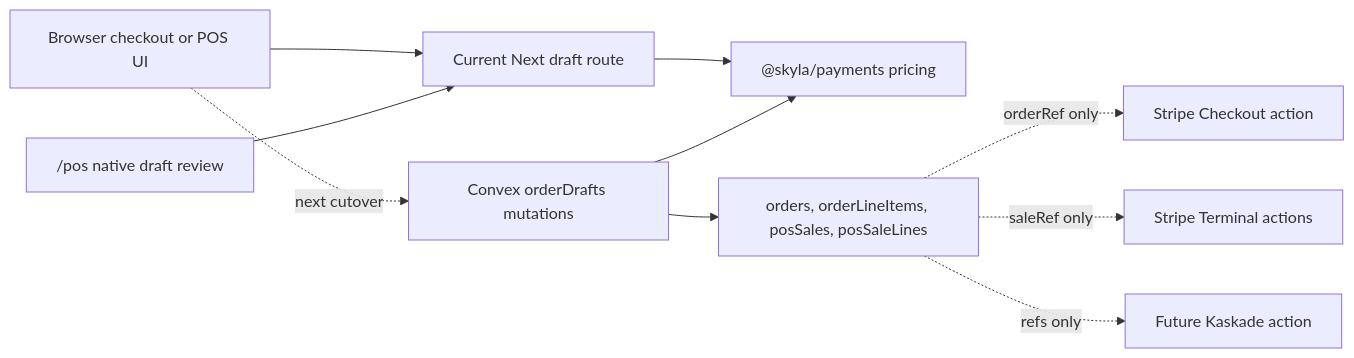
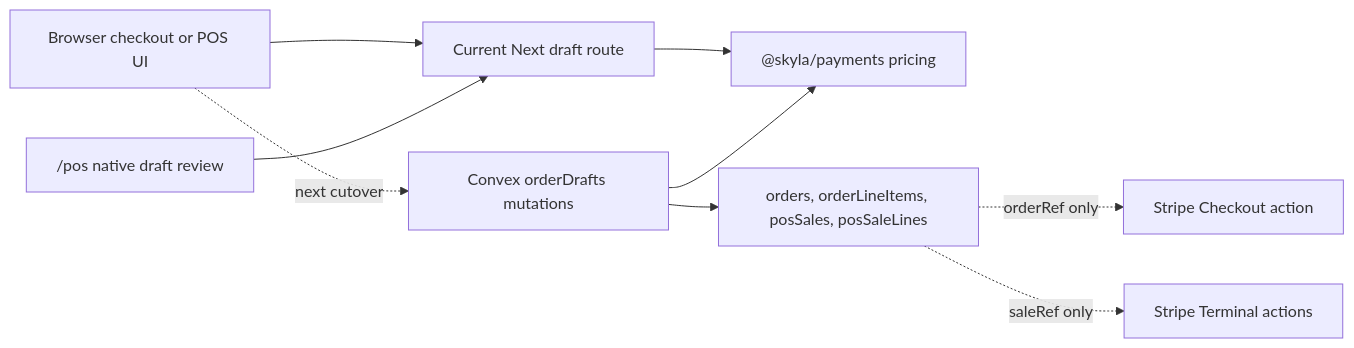
Before and after one commit to junyengit/skyla: the diagram in docs/runbooks/convex-order-spine.md, drawn with Mermaid. The commit also changed other lines of this file and 121 other files, not shown here.

````diff
--- a/docs/runbooks/convex-order-spine.md
+++ b/docs/runbooks/convex-order-spine.md
@@ -47,21 +47,19 @@
 ```mermaid
 flowchart LR
   browser["Browser checkout or POS UI"]
   nextRoute["Current Next draft route"]
   posNext["/pos native draft review"]
   pricing["@skyla/payments pricing"]
   convexMutation["Convex orderDrafts mutations"]
   convexTables["orders, orderLineItems, posSales, posSaleLines"]
   stripe["Stripe Checkout action"]
   terminal["Stripe Terminal actions"]
-  futureProviders["Future Kaskade action"]
 
   browser --> nextRoute --> pricing
   posNext --> nextRoute
   browser -. next cutover .-> convexMutation
   convexMutation --> pricing
   convexMutation --> convexTables
   convexTables -. orderRef only .-> stripe
   convexTables -. saleRef only .-> terminal
-  convexTables -. refs only .-> futureProviders
 ```
````
